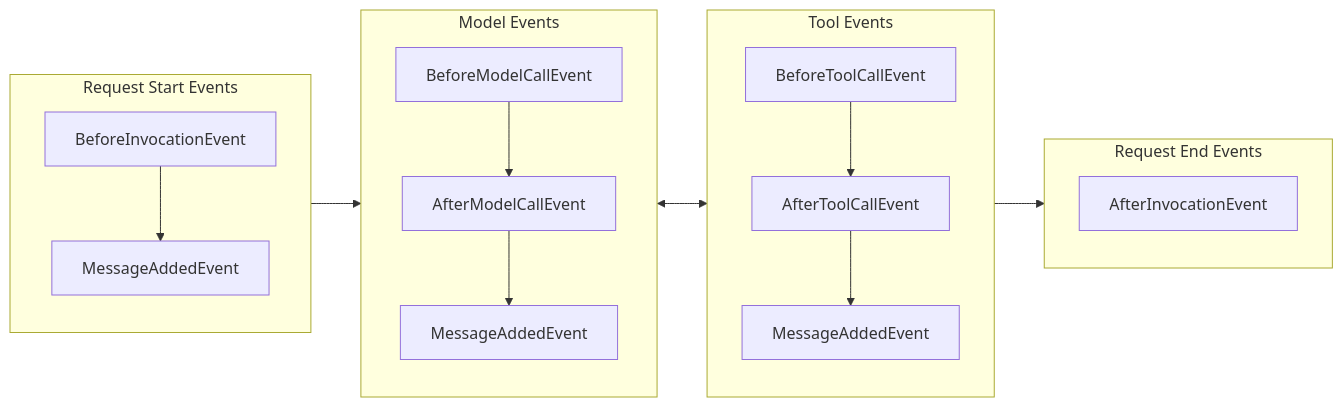
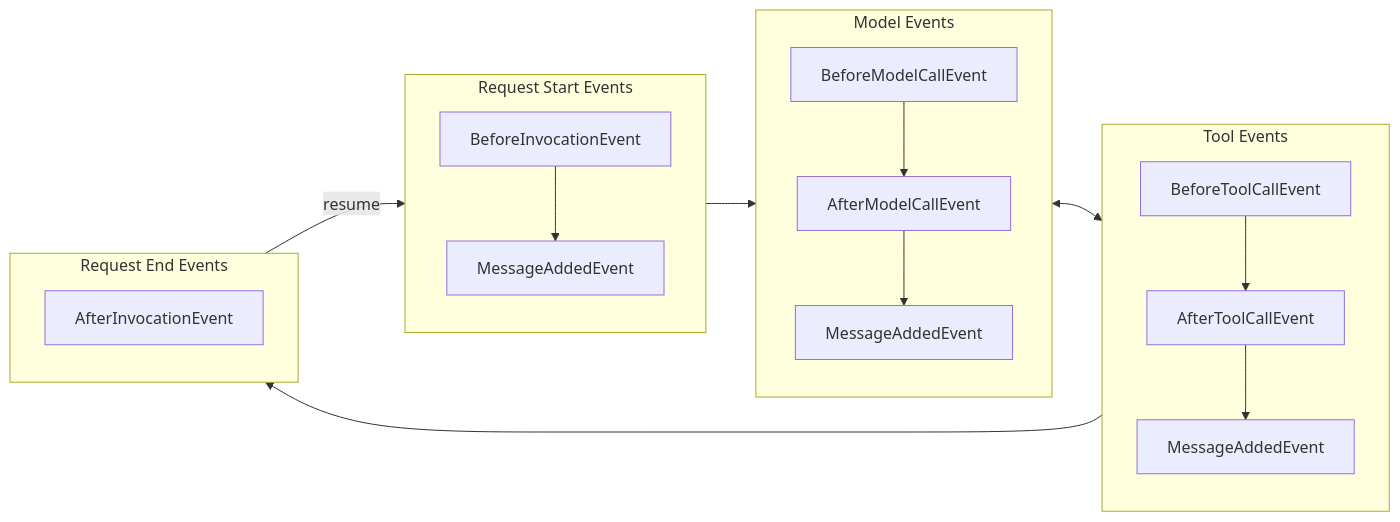
One commit to strands-agents/docs changed the first of 3 diagrams in src/content/docs/user-guide/concepts/agents/hooks.mdx. Above: the diagram before and after it, drawn with Mermaid. The commit also changed other lines of this file, not shown here.

First line of the commit message:
docs: add resume flag documentation for AfterInvocationEvent

````diff
--- a/src/content/docs/user-guide/concepts/agents/hooks.mdx
+++ b/src/content/docs/user-guide/concepts/agents/hooks.mdx
@@ -129,32 +129,33 @@
 ```mermaid
 flowchart LR
  subgraph Start["Request Start Events"]
     direction TB
         BeforeInvocationEvent["BeforeInvocationEvent"]
         StartMessage["MessageAddedEvent"]
         BeforeInvocationEvent --> StartMessage
   end
  subgraph Model["Model Events"]
     direction TB
         BeforeModelCallEvent["BeforeModelCallEvent"]
         AfterModelCallEvent["AfterModelCallEvent"]
         ModelMessage["MessageAddedEvent"]
         BeforeModelCallEvent --> AfterModelCallEvent
         AfterModelCallEvent --> ModelMessage
   end
   subgraph Tool["Tool Events"]
     direction TB
         BeforeToolCallEvent["BeforeToolCallEvent"]
         AfterToolCallEvent["AfterToolCallEvent"]
         ToolMessage["MessageAddedEvent"]
         BeforeToolCallEvent --> AfterToolCallEvent
         AfterToolCallEvent --> ToolMessage
   end
   subgraph End["Request End Events"]
     direction TB
         AfterInvocationEvent["AfterInvocationEvent"]
   end
 Start --> Model
 Model <--> Tool
 Tool --> End
+End -- "resume" --> Start
 ```
````
